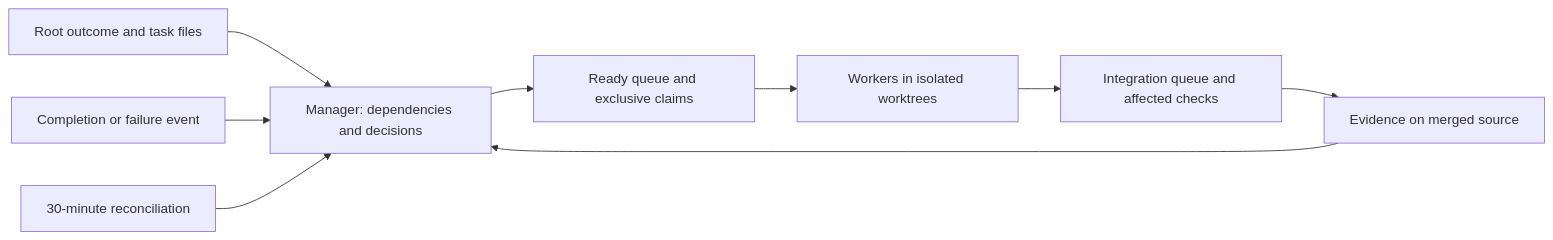
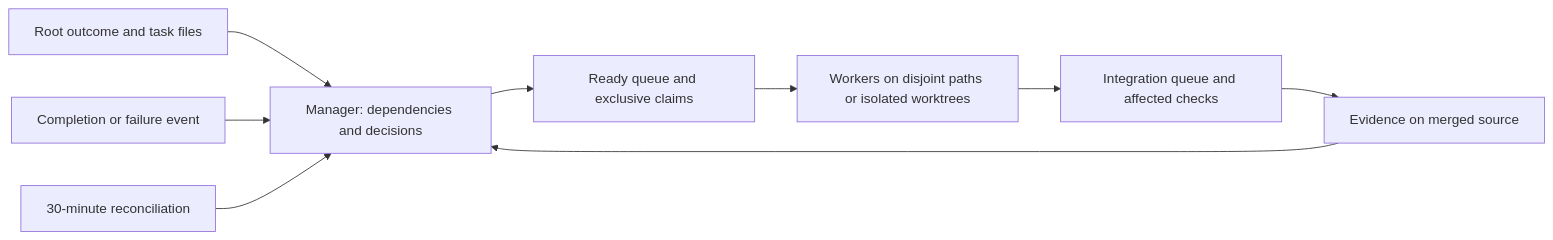
One commit to rezics/rezics-next changed the diagram in docs/goals/README.md. Above: the diagram before and after it, drawn with Mermaid. The commit also changed other lines of this file and 4 other files, not shown here.

````diff
--- a/docs/goals/README.md
+++ b/docs/goals/README.md
@@ -81,11 +85,11 @@
 ```mermaid
 flowchart LR
   G[Root outcome and task files] --> M[Manager: dependencies and decisions]
   M --> Q[Ready queue and exclusive claims]
-  Q --> W[Workers in isolated worktrees]
+  Q --> W[Workers on disjoint paths or isolated worktrees]
   W --> I[Integration queue and affected checks]
   I --> E[Evidence on merged source]
   E --> M
   C[Completion or failure event] --> M
   T[30-minute reconciliation] --> M
 ```
````
